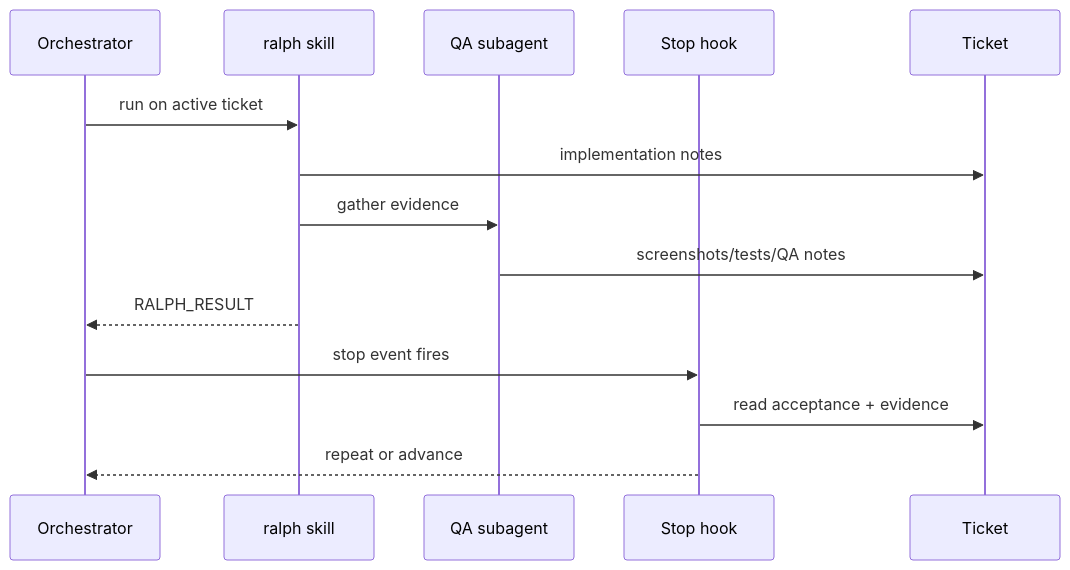
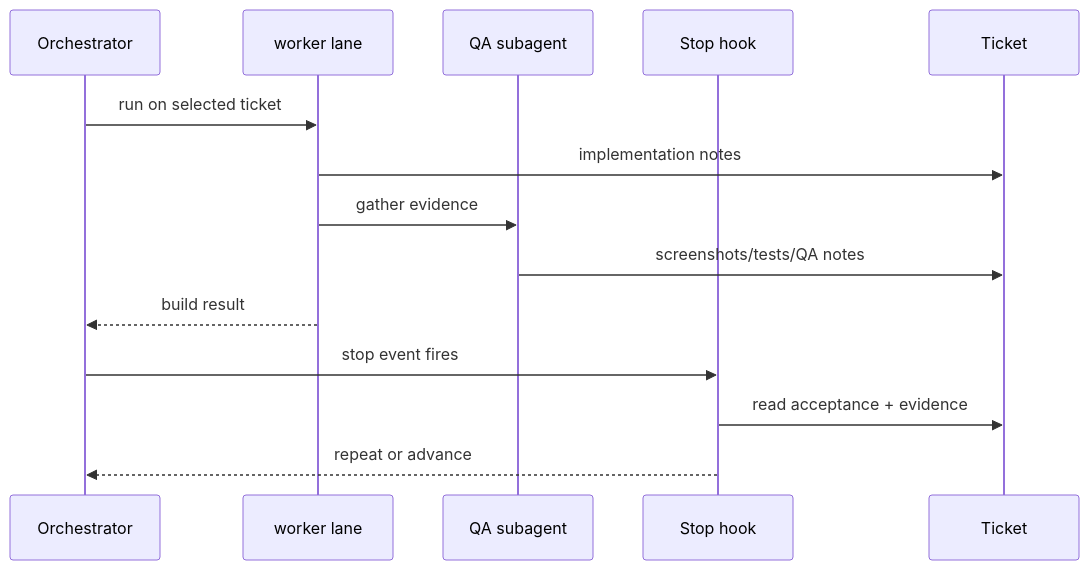
One commit to ZanarkandTechnologies/Farplane changed the sixth of 6 diagrams in README.md. Above: the diagram before and after it, drawn with Mermaid. The commit also changed other lines of this file and 78 other files, not shown here.

````diff
--- a/README.md
+++ b/README.md
@@ -110,17 +222,17 @@
 ```mermaid
 sequenceDiagram
     participant O as Orchestrator
-    participant R as ralph skill
+    participant R as worker lane
     participant Q as QA subagent
     participant H as Stop hook
     participant T as Ticket
 
-    O->>R: run on active ticket
+    O->>R: run on selected ticket
     R->>T: implementation notes
     R->>Q: gather evidence
     Q->>T: screenshots/tests/QA notes
-    R-->>O: RALPH_RESULT
+    R-->>O: build result
     O->>H: stop event fires
     H->>T: read acceptance + evidence
     H-->>O: repeat or advance
 ```
````
